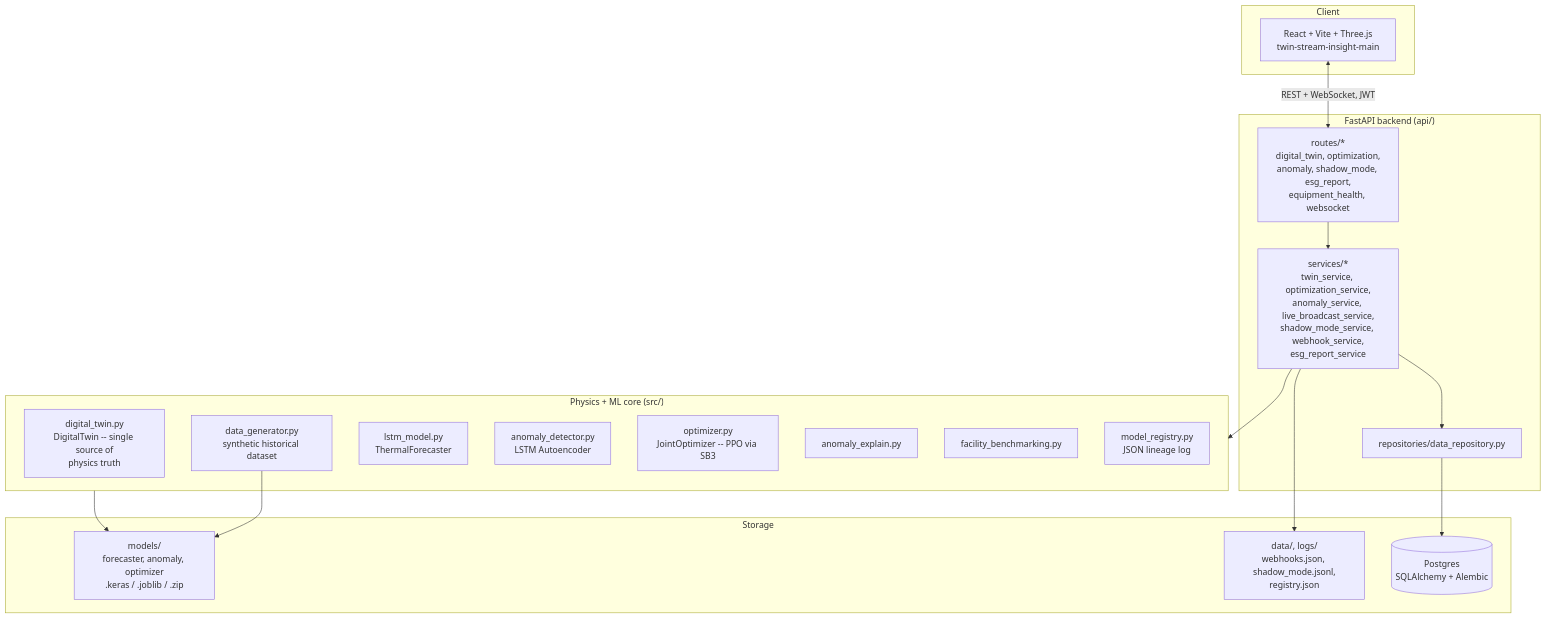
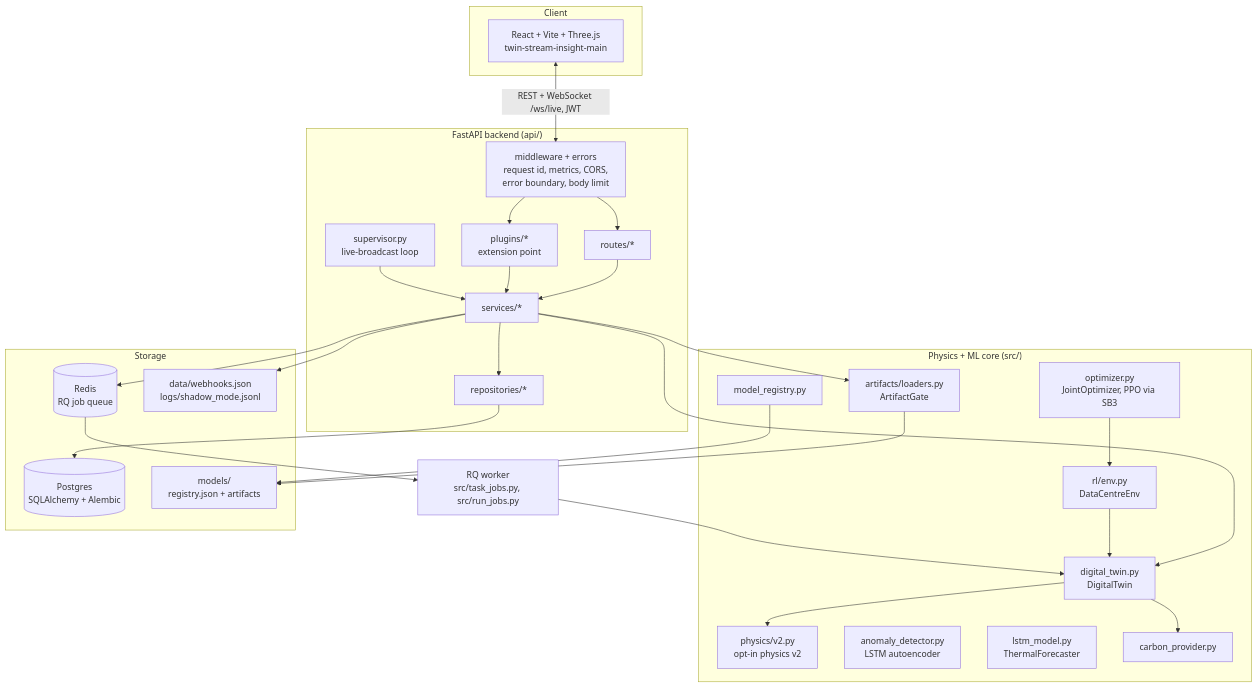
One commit to lakshay-aggarwal-codes/TwinGrid changed the diagram in docs/architecture/system.md. Above: the diagram before and after it, drawn with Mermaid. The commit also changed other lines of this file and 9 other files, not shown here.

````diff
--- a/docs/architecture/system.md
+++ b/docs/architecture/system.md
@@ -3,38 +13,55 @@
 ```mermaid
 graph TB
     subgraph Client
         FE[React + Vite + Three.js<br/>twin-stream-insight-main]
     end
 
     subgraph API["FastAPI backend (api/)"]
-        Routes[routes/*<br/>digital_twin, optimization,<br/>anomaly, shadow_mode, esg_report,<br/>equipment_health, websocket]
-        Services[services/*<br/>twin_service, optimization_service,<br/>anomaly_service, live_broadcast_service,<br/>shadow_mode_service, webhook_service,<br/>esg_report_service]
-        Repos[repositories/data_repository.py]
+        MW[middleware + errors<br/>request id, metrics, CORS,<br/>error boundary, body limit]
+        Routes[routes/*]
+        Plugins[plugins/*<br/>extension point]
+        Services[services/*]
+        Repos[repositories/*]
+        Sup[supervisor.py<br/>live-broadcast loop]
     end
 
     subgraph Core["Physics + ML core (src/)"]
-        Twin[digital_twin.py<br/>DigitalTwin -- single source of<br/>physics truth]
-        Gen[data_generator.py<br/>synthetic historical dataset]
+        Twin[digital_twin.py<br/>DigitalTwin]
+        Phys[physics/v2.py<br/>opt-in physics v2]
+        Env[rl/env.py<br/>DataCentreEnv]
+        Opt[optimizer.py<br/>JointOptimizer, PPO via SB3]
+        Det[anomaly_detector.py<br/>LSTM autoencoder]
         LSTM[lstm_model.py<br/>ThermalForecaster]
-        Anom[anomaly_detector.py<br/>LSTM Autoencoder]
-        Opt[optimizer.py<br/>JointOptimizer -- PPO via SB3]
-        Explain[anomaly_explain.py]
-        Bench[facility_benchmarking.py]
-        Registry[model_registry.py<br/>JSON lineage log]
+        Gate[artifacts/loaders.py<br/>ArtifactGate]
+        Reg[model_registry.py]
+        Carbon[carbon_provider.py]
     end
 
     subgraph Storage
         PG[(Postgres<br/>SQLAlchemy + Alembic)]
-        Models[models/<br/>forecaster, anomaly, optimizer<br/>.keras / .joblib / .zip]
-        Files[data/, logs/<br/>webhooks.json, shadow_mode.jsonl,<br/>registry.json]
+        Redis[(Redis<br/>RQ job queue)]
+        Models[models/<br/>registry.json + artifacts]
+        Files[data/webhooks.json<br/>logs/shadow_mode.jsonl]
     end
 
-    FE <-->|REST + WebSocket, JWT| Routes
+    Worker[RQ worker<br/>src/task_jobs.py, src/run_jobs.py]
+
+    FE <-->|REST + WebSocket /ws/live, JWT| MW
+    MW --> Routes
+    MW --> Plugins
     Routes --> Services
-    Services --> Repos
-    Repos --> PG
-    Services --> Core
-    Core --> Models
+    Plugins --> Services
+    Services --> Repos --> PG
+    Sup --> Services
+    Services --> Twin
+    Twin --> Phys
+    Twin --> Carbon
+    Env --> Twin
+    Opt --> Env
+    Services --> Gate
+    Gate --> Models
+    Reg --> Models
+    Services --> Redis
+    Redis --> Worker --> Twin
     Services --> Files
-    Gen --> Models
 ```
````
